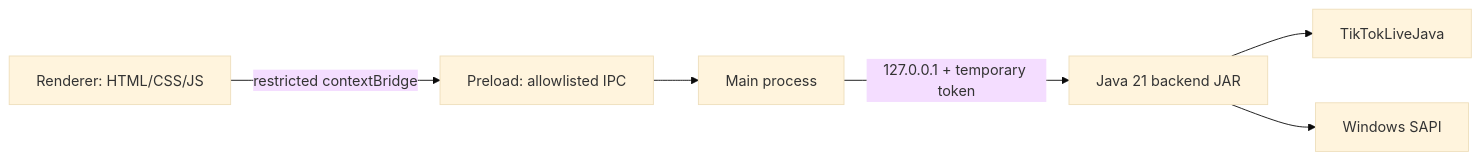
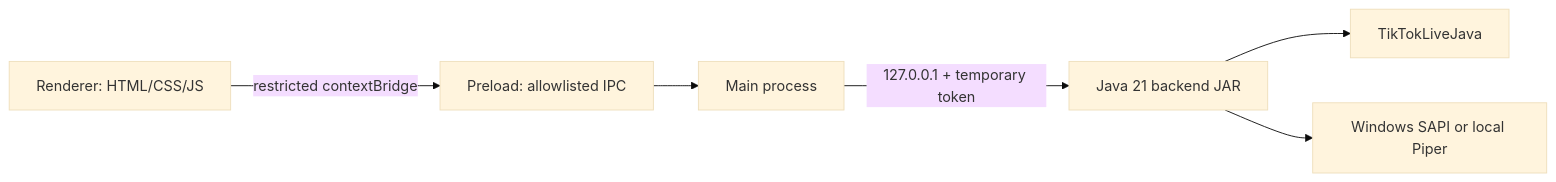
Before and after one commit to zero780/live-chat-tts: the diagram in frontend/README.md, drawn with Mermaid (base theme). The commit also changed other lines of this file and 29 other files, not shown here.

````diff
--- a/frontend/README.md
+++ b/frontend/README.md
@@ -15,8 +17,8 @@
 ```mermaid
 graph LR
   R[Renderer: HTML/CSS/JS] -->|restricted contextBridge| P[Preload: allowlisted IPC]
   P --> M[Main process]
   M -->|127.0.0.1 + temporary token| J[Java 21 backend JAR]
   J --> T[TikTokLiveJava]
-  J --> S[Windows SAPI]
+  J --> S[Windows SAPI or local Piper]
 ```
````
